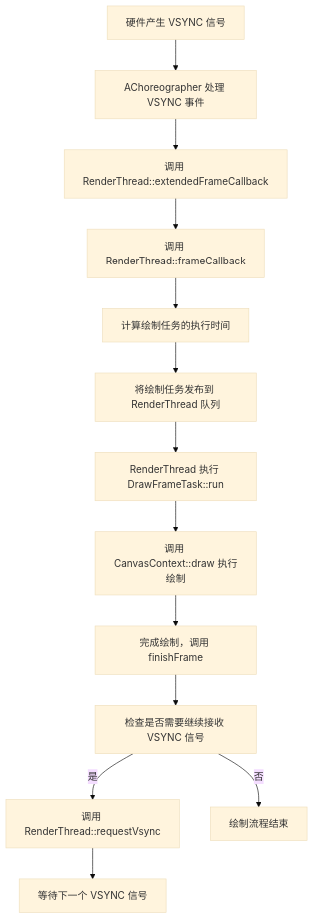
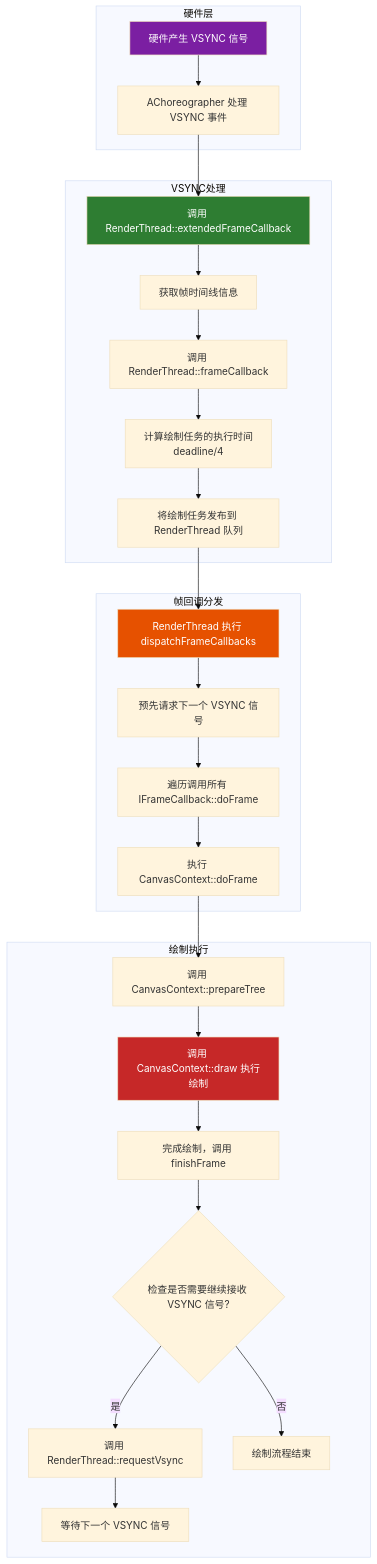
The third of 6 diagrams in docs/RenderThread_Analysis.md (yuchuangu85/AOSP_Frameworks), drawn with Mermaid (base theme) before and after one commit. The commit also changed other lines of this file and 13 other files, not shown here.

````diff
--- a/docs/RenderThread_Analysis.md
+++ b/docs/RenderThread_Analysis.md
@@ -261,15 +343,36 @@
 ```mermaid
 flowchart TD
-    A[硬件产生 VSYNC 信号] --> B[AChoreographer 处理 VSYNC 事件]
-    B --> C[调用 RenderThread::extendedFrameCallback]
-    C --> D[调用 RenderThread::frameCallback]
-    D --> E[计算绘制任务的执行时间]
-    E --> F[将绘制任务发布到 RenderThread 队列]
-    F --> G[RenderThread 执行 DrawFrameTask::run]
-    G --> H[调用 CanvasContext::draw 执行绘制]
-    H --> I[完成绘制，调用 finishFrame]
-    I --> J[检查是否需要继续接收 VSYNC 信号]
-    J -->|是| K[调用 RenderThread::requestVsync]
-    K --> L[等待下一个 VSYNC 信号]
-    J -->|否| M[绘制流程结束]
+    subgraph "硬件层"
+        A[硬件产生 VSYNC 信号] --> B[AChoreographer 处理 VSYNC 事件]
+    end
+    
+    subgraph "VSYNC处理"
+        B --> C[调用 RenderThread::extendedFrameCallback]
+        C --> D[获取帧时间线信息]
+        D --> E[调用 RenderThread::frameCallback]
+        E --> F[计算绘制任务的执行时间<br/>deadline/4]
+        F --> G[将绘制任务发布到 RenderThread 队列]
+    end
+    
+    subgraph "帧回调分发"
+        G --> H[RenderThread 执行 dispatchFrameCallbacks]
+        H --> I[预先请求下一个 VSYNC 信号]
+        I --> J[遍历调用所有 IFrameCallback::doFrame]
+        J --> K[执行 CanvasContext::doFrame]
+    end
+    
+    subgraph "绘制执行"
+        K --> L[调用 CanvasContext::prepareTree]
+        L --> M[调用 CanvasContext::draw 执行绘制]
+        M --> N[完成绘制，调用 finishFrame]
+        N --> O{检查是否需要继续接收 VSYNC 信号?}
+        O -->|是| P[调用 RenderThread::requestVsync]
+        P --> Q[等待下一个 VSYNC 信号]
+        O -->|否| R[绘制流程结束]
+    end
+    
+    style A fill:#7b1fa2,color:#fff
+    style C fill:#2e7d32,color:#fff
+    style H fill:#e65100,color:#fff
+    style M fill:#c62828,color:#fff
 ```
````
